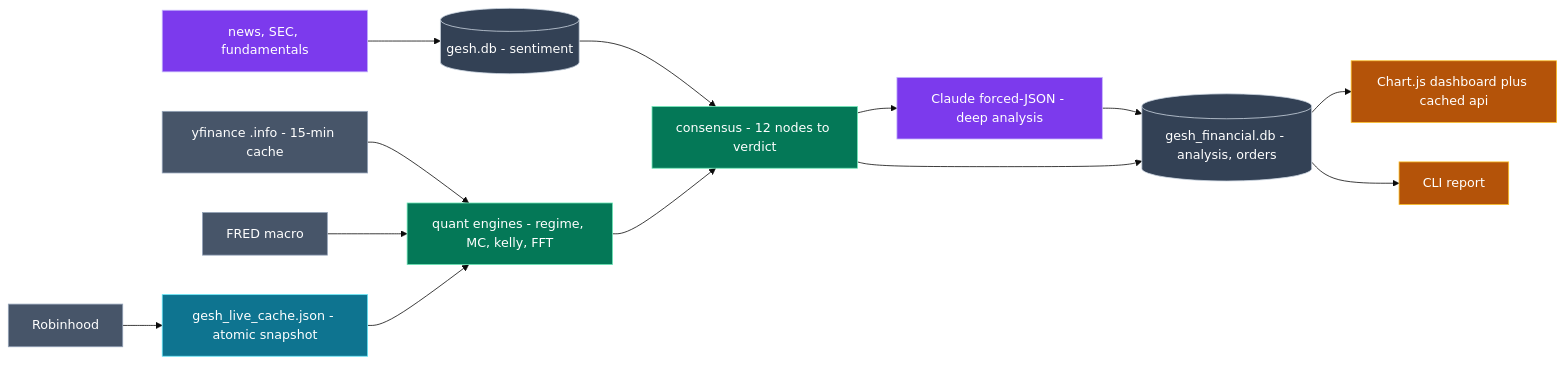
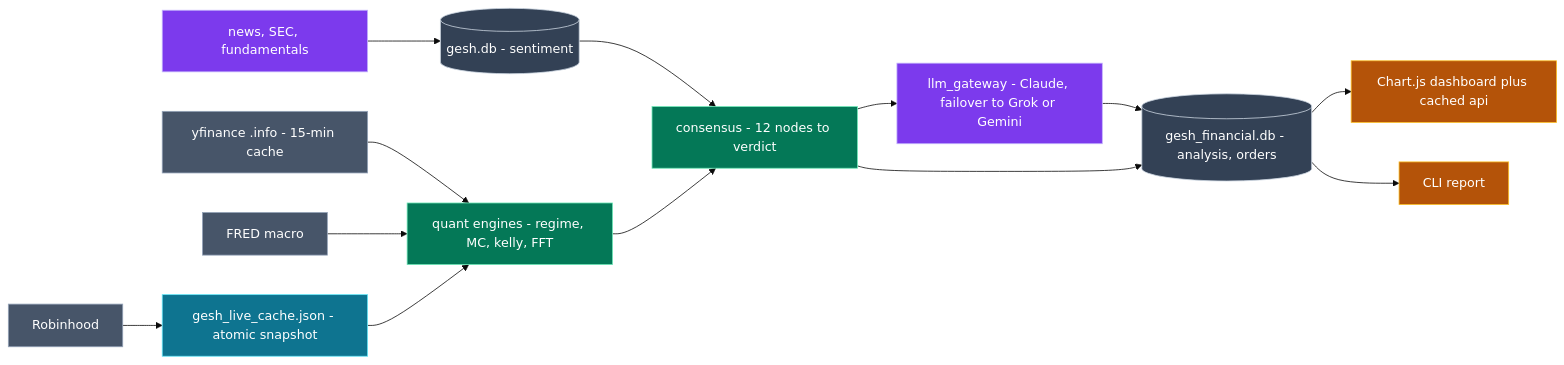
One commit to gesh75/Gesh-Project changed the fifth of 8 diagrams in docs/ARCHITECTURE.md. Above: the diagram before and after it, drawn with Mermaid (base theme). The commit also changed other lines of this file and 4 other files, not shown here.

First line of the commit message:
docs: document Grok/Gemini LLM failover in operator runbooks

````diff
--- a/docs/ARCHITECTURE.md
+++ b/docs/ARCHITECTURE.md
@@ -214,22 +216,22 @@
 ```mermaid
 flowchart LR
     rh["Robinhood"]:::ext --> cache["gesh_live_cache.json - atomic snapshot"]:::svc
     yf["yfinance .info - 15-min cache"]:::ext --> eng["quant engines - regime, MC, kelly, FFT"]:::data
     fred["FRED macro"]:::ext --> eng
     cache --> eng
     news["news, SEC, fundamentals"]:::ai --> gdb[("gesh.db - sentiment")]:::store
     gdb --> cons["consensus - 12 nodes to verdict"]:::data
     eng --> cons
-    cons --> claude["Claude forced-JSON - deep analysis"]:::ai
+    cons --> claude["llm_gateway - Claude, failover to Grok or Gemini"]:::ai
     claude --> persist[("gesh_financial.db - analysis, orders")]:::store
     cons --> persist
     persist --> ui["Chart.js dashboard plus cached api"]:::core
     persist --> cliout["CLI report"]:::core
 
     classDef ext   fill:#475569,stroke:#94a3b8,color:#fff
     classDef svc   fill:#0e7490,stroke:#67e8f9,color:#fff
     classDef data  fill:#047857,stroke:#6ee7b7,color:#fff
     classDef ai    fill:#7c3aed,stroke:#c4b5fd,color:#fff
     classDef store fill:#334155,stroke:#cbd5e1,color:#fff
     classDef core  fill:#b45309,stroke:#fbbf24,color:#fff
 ```
````
